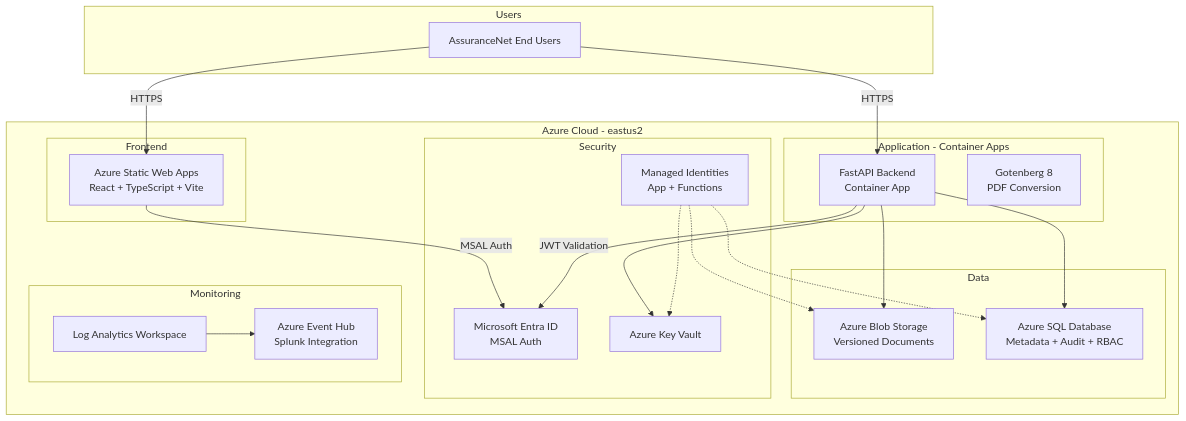
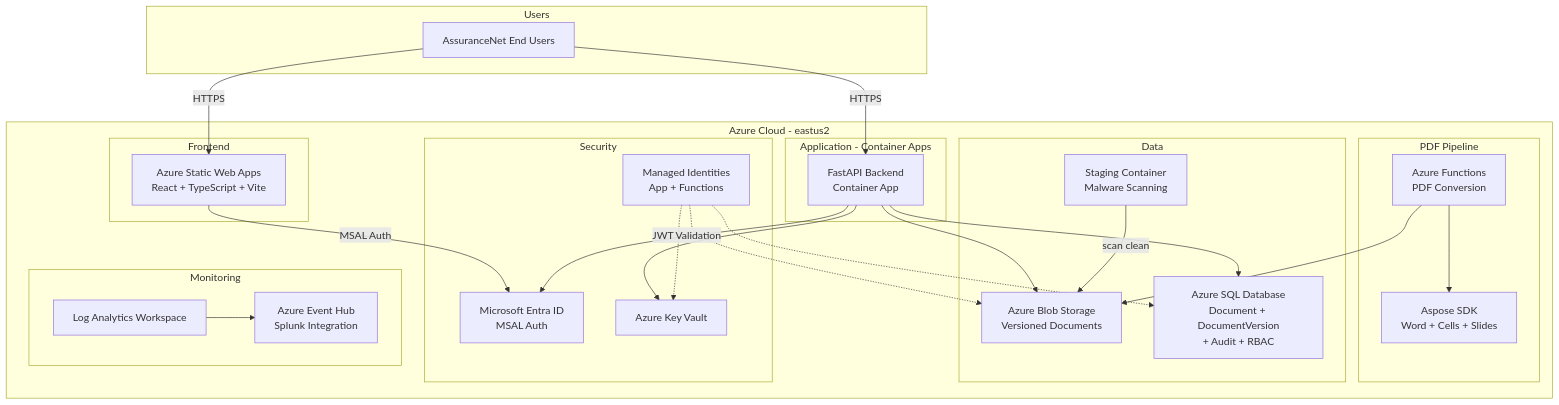
One commit to fgarofalo56/ucm-azure-native-demo changed the diagram in docs/architecture/high-level-architecture.md. Above: the diagram before and after it, drawn with Mermaid. The commit also changed other lines of this file and 41 other files, not shown here.

First line of the commit message:
feat(backend+frontend+infra): implement UCM migration spec — document versioning, Aspose PDF engine, admin rollback

````diff
--- a/docs/architecture/high-level-architecture.md
+++ b/docs/architecture/high-level-architecture.md
@@ -26,45 +26,53 @@
 ```mermaid
 graph TB
     subgraph Users
         EU[AssuranceNet End Users]
     end
 
     subgraph Azure Cloud - eastus2
         subgraph Frontend
             SWA[Azure Static Web Apps<br/>React + TypeScript + Vite]
         end
 
         subgraph Application - Container Apps
             API[FastAPI Backend<br/>Container App]
-            GOT[Gotenberg 8<br/>PDF Conversion]
+        end
+
+        subgraph PDF Pipeline
+            FUNC[Azure Functions<br/>PDF Conversion]
+            ASPOSE[Aspose SDK<br/>Word + Cells + Slides]
         end
 
         subgraph Data
             BLOB[Azure Blob Storage<br/>Versioned Documents]
-            SQL[Azure SQL Database<br/>Metadata + Audit + RBAC]
+            STAGING[Staging Container<br/>Malware Scanning]
+            SQL[Azure SQL Database<br/>Document + DocumentVersion<br/>+ Audit + RBAC]
         end
 
         subgraph Security
             ENTRA[Microsoft Entra ID<br/>MSAL Auth]
             KV[Azure Key Vault]
             MI[Managed Identities<br/>App + Functions]
         end
 
         subgraph Monitoring
             LAW[Log Analytics Workspace]
             EH[Azure Event Hub<br/>Splunk Integration]
         end
     end
 
     EU -->|HTTPS| SWA
     EU -->|HTTPS| API
     SWA -->|MSAL Auth| ENTRA
     API -->|JWT Validation| ENTRA
     API --> BLOB
     API --> SQL
     API --> KV
+    FUNC --> ASPOSE
+    FUNC --> BLOB
+    STAGING -->|scan clean| BLOB
     MI -.-> BLOB
     MI -.-> SQL
     MI -.-> KV
     LAW --> EH
 ```
````
